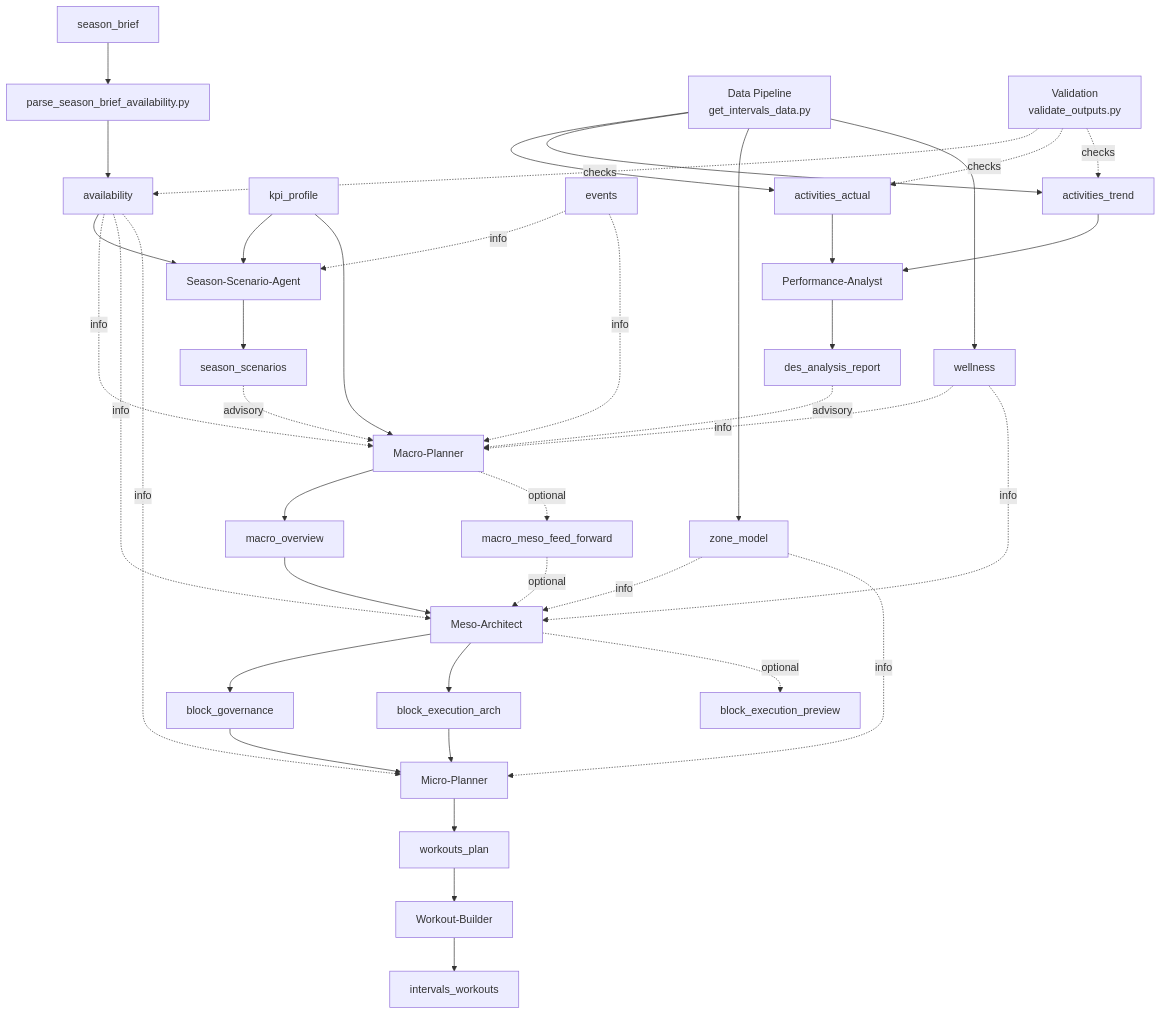
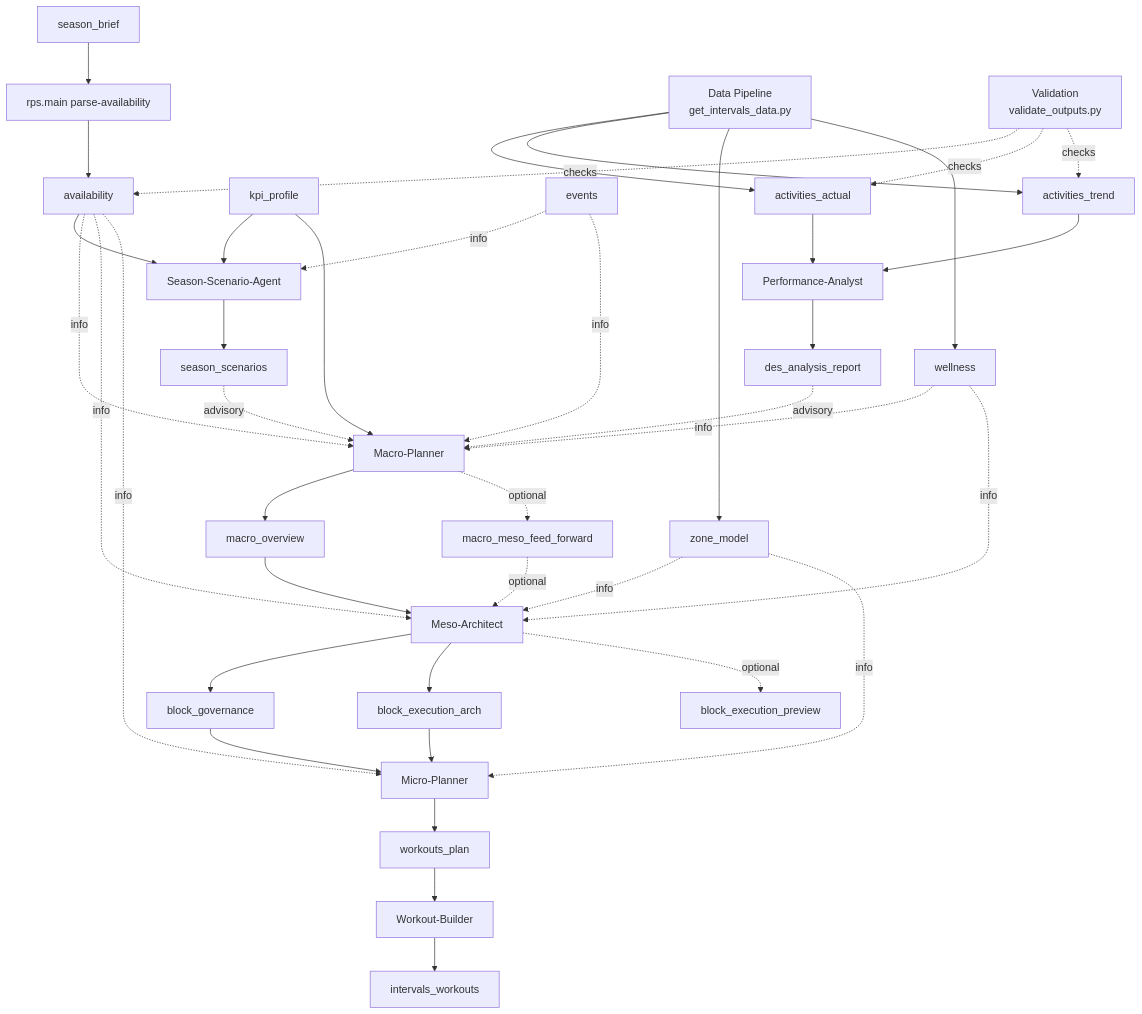
Before and after one commit to albauer-priv/RPS: the diagram in doc/planners.md, drawn with Mermaid. The commit also changed other lines of this file and 6 other files, not shown here.

Commit message:
refactor season brief availability parser into rps

````diff
--- a/doc/planners.md
+++ b/doc/planners.md
@@ -31,45 +31,45 @@
 ```mermaid
 flowchart TD
-  SB[season_brief] --> AVP[parse_season_brief_availability.py]
+  SB[season_brief] --> AVP[rps.main parse-availability]
   AVP --> AV[availability]
   AV --> SS[Season-Scenario-Agent]
   KP[kpi_profile] --> SS
   SS --> SC[season_scenarios]
   SC -. advisory .-> MA[Macro-Planner]
   EV[events] -. info .-> SS
   EV -. info .-> MA
   AV -. info .-> MA
   KP --> MA
   MA --> MO[macro_overview]
   MA -. optional .-> MMFF[macro_meso_feed_forward]
 
   MO --> ME[Meso-Architect]
   MMFF -. optional .-> ME
   AV -. info .-> ME
   ME --> BG[block_governance]
   ME --> BEA[block_execution_arch]
   ME -. optional .-> BEP[block_execution_preview]
 
   BG --> MI[Micro-Planner]
   BEA --> MI
   AV -. info .-> MI
   MI --> WP[workouts_plan]
   WP --> WB[Workout-Builder]
   WB --> WJ[intervals_workouts]
 
   DP[Data Pipeline\nget_intervals_data.py] --> AA[activities_actual]
   DP --> AT[activities_trend]
   DP --> ZM[zone_model]
   DP --> WL[wellness]
   VA[Validation\nvalidate_outputs.py] -. checks .-> AV
   VA -. checks .-> AA
   VA -. checks .-> AT
   AA --> PA[Performance-Analyst]
   AT --> PA
   ZM -. info .-> ME
   ZM -. info .-> MI
   WL -. info .-> MA
   WL -. info .-> ME
   PA --> DR[des_analysis_report]
   DR -. advisory .-> MA
 ```
````
